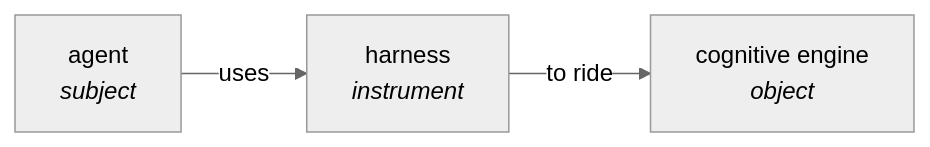
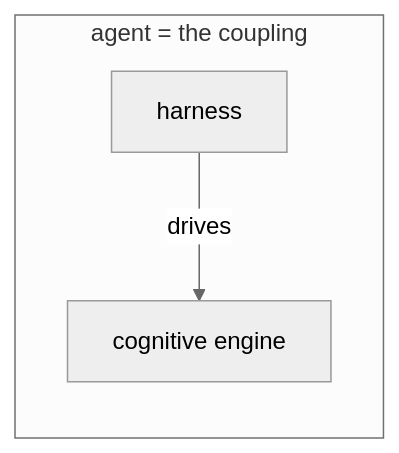
Before and after one commit to franklinbaldo/franklinbaldo.github.io: the second of 3 diagrams in src/content/blog/reclaiming-the-harness.md, drawn with Mermaid (neutral theme). The commit also changed other lines of this file and 1 other file, not shown here.

````diff
--- a/src/content/blog/reclaiming-the-harness.md
+++ b/src/content/blog/reclaiming-the-harness.md
@@ -119,4 +119,6 @@
 ```mermaid
 flowchart LR
-    A["agent<br/><i>subject</i>"] -->|uses| HN["harness<br/><i>instrument</i>"] -->|to ride| M["cognitive engine<br/><i>object</i>"]
+    subgraph A["agent = the coupling"]
+        HN["harness"] -->|drives| M["cognitive engine"]
+    end
 ```
````
